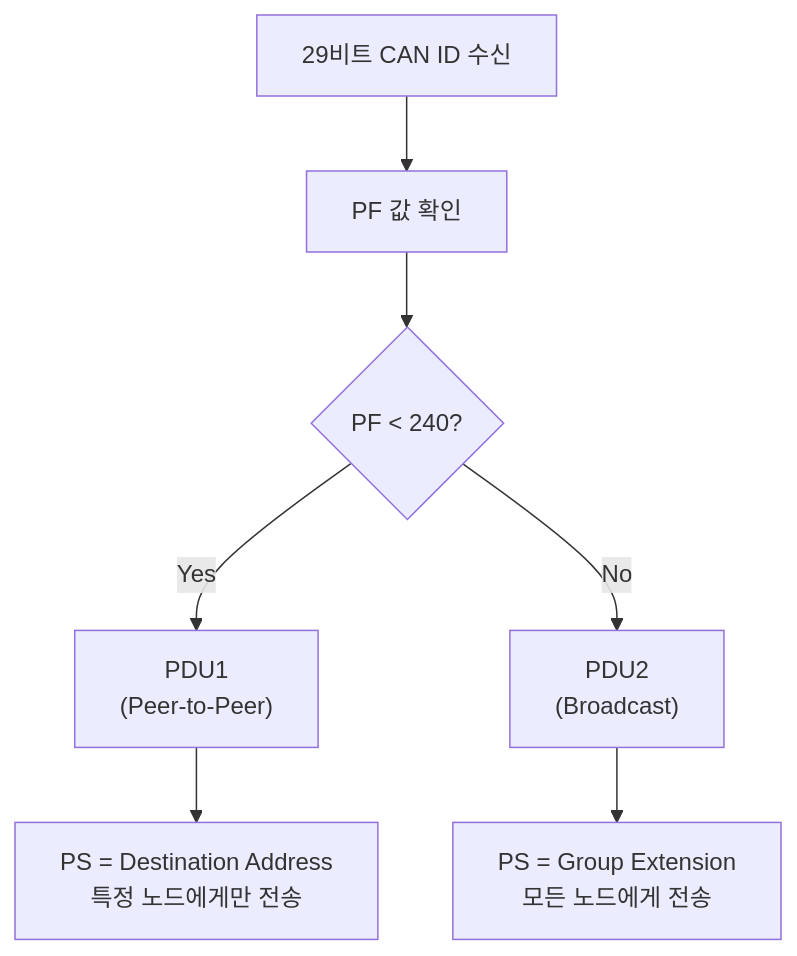
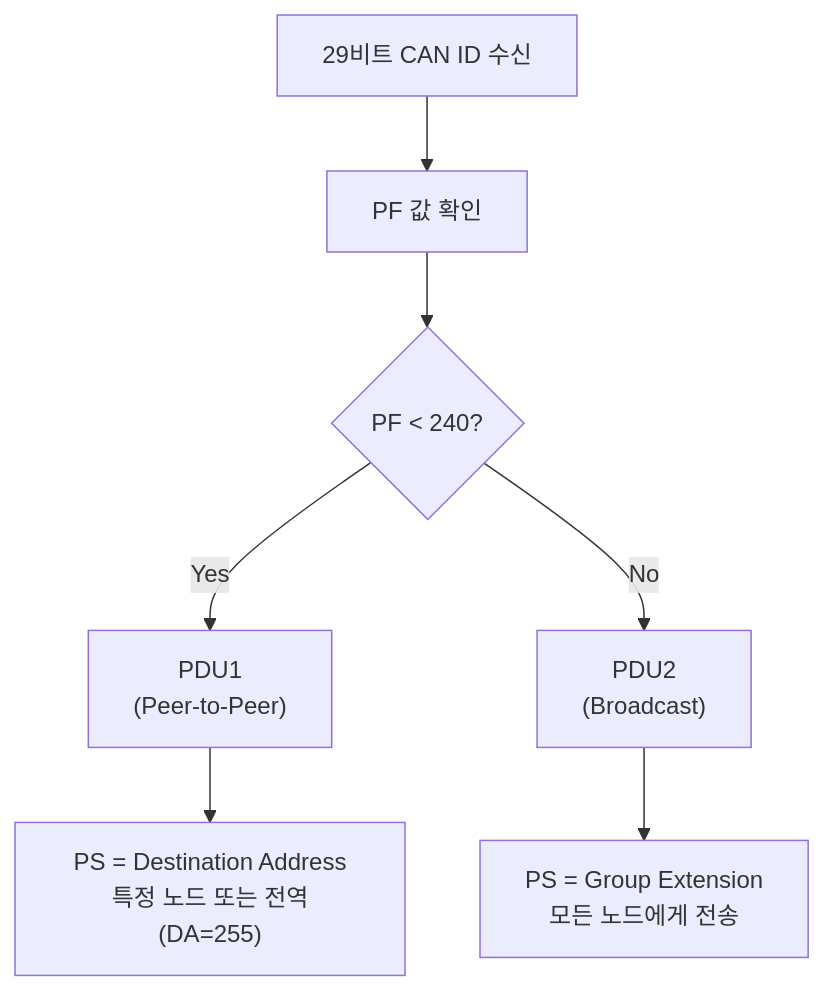
Before and after one commit to hobeen-kim/hobeen-kim.github.io: the second of 3 diagrams in docs/_study/isobus/09-j1939-message.md, drawn with Mermaid. The commit also changed other lines of this file and 18 other files, not shown here.

````diff
--- a/docs/_study/isobus/09-j1939-message.md
+++ b/docs/_study/isobus/09-j1939-message.md
@@ -172,14 +176,14 @@
 ```mermaid
 flowchart TD
     A["29비트 CAN ID 수신"]
     B["PF 값 확인"]
     C{"PF < 240?"}
     D["PDU1<br>(Peer-to-Peer)"]
     E["PDU2<br>(Broadcast)"]
-    F["PS = Destination Address<br>특정 노드에게만 전송"]
+    F["PS = Destination Address<br>특정 노드 또는 전역(DA=255)"]
     G["PS = Group Extension<br>모든 노드에게 전송"]
 
     A --> B --> C
     C -- Yes --> D --> F
     C -- No  --> E --> G
 ```
````
